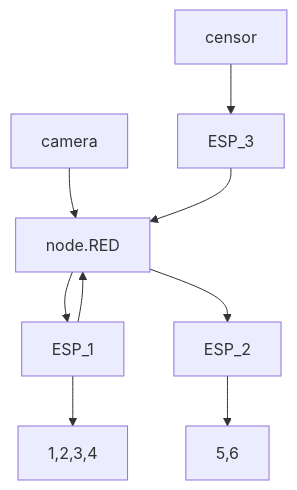
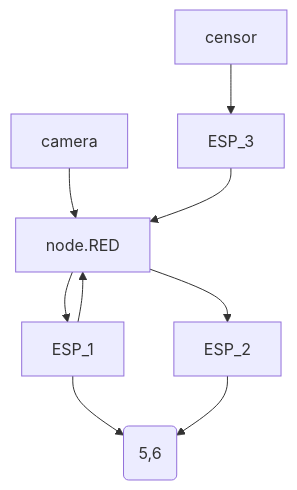
Before and after one commit to evry-paris-saclay/2023-m2cns-rd-ChaineDeValeurs: the diagram in README.md, drawn with Mermaid.

````diff
--- a/README.md
+++ b/README.md
@@ -11,11 +11,11 @@
 ```mermaid
 graph TD;
     camera-->node.RED;
     node.RED-->ESP_1;
-    ESP_1-->Servo[1,2,3,4]
+    ESP_1-->Servo(1,2,3,4);
     ESP_1-->node.RED;
     node.RED-->ESP_2;
-    ESP_2-->servo[5,6];
+    ESP_2-->Servo(5,6);
     censor-->ESP_3;
     ESP_3-->node.RED;
 ```
````
